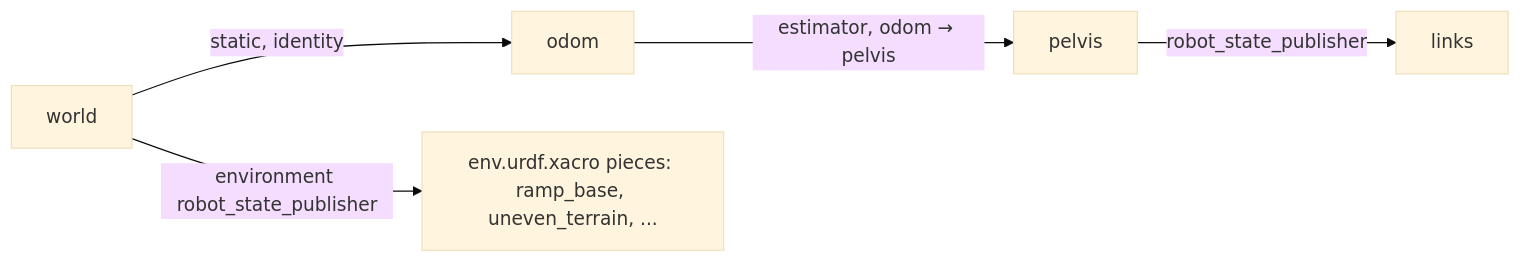
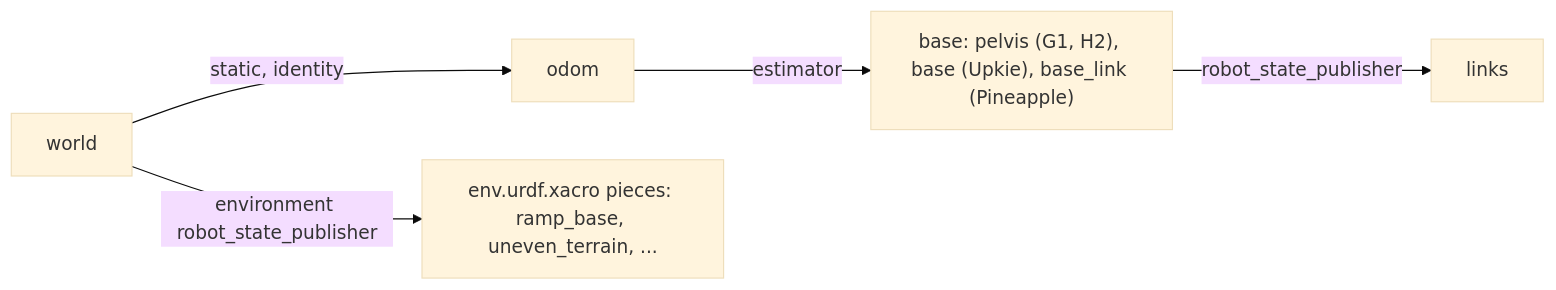
One commit to wei-hsuan-cheng/legged_robot_mpc_controller changed the diagram in README.md. Above: the diagram before and after it, drawn with Mermaid (base theme). The commit also changed other lines of this file, not shown here.

````diff
--- a/README.md
+++ b/README.md
@@ -393,9 +233,9 @@
 ```mermaid
 flowchart LR
     world -->|"static, identity"| odom
-    odom -->|"estimator, odom → pelvis"| pelvis
-    pelvis -->|"robot_state_publisher"| links
+    odom -->|"estimator"| base["base: pelvis (G1, H2), base (Upkie), base_link (Pineapple)"]
+    base -->|"robot_state_publisher"| links
 
     world -->|"environment robot_state_publisher"| pieces["env.urdf.xacro pieces: ramp_base, uneven_terrain, ..."]
 
 ```
````
